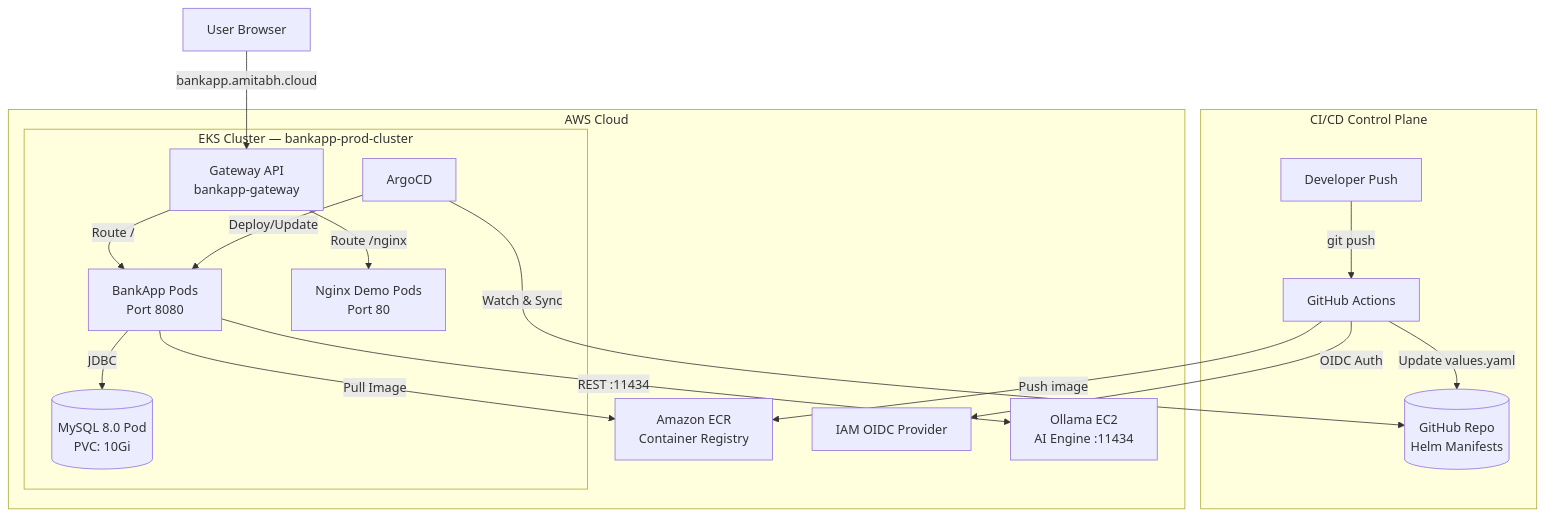
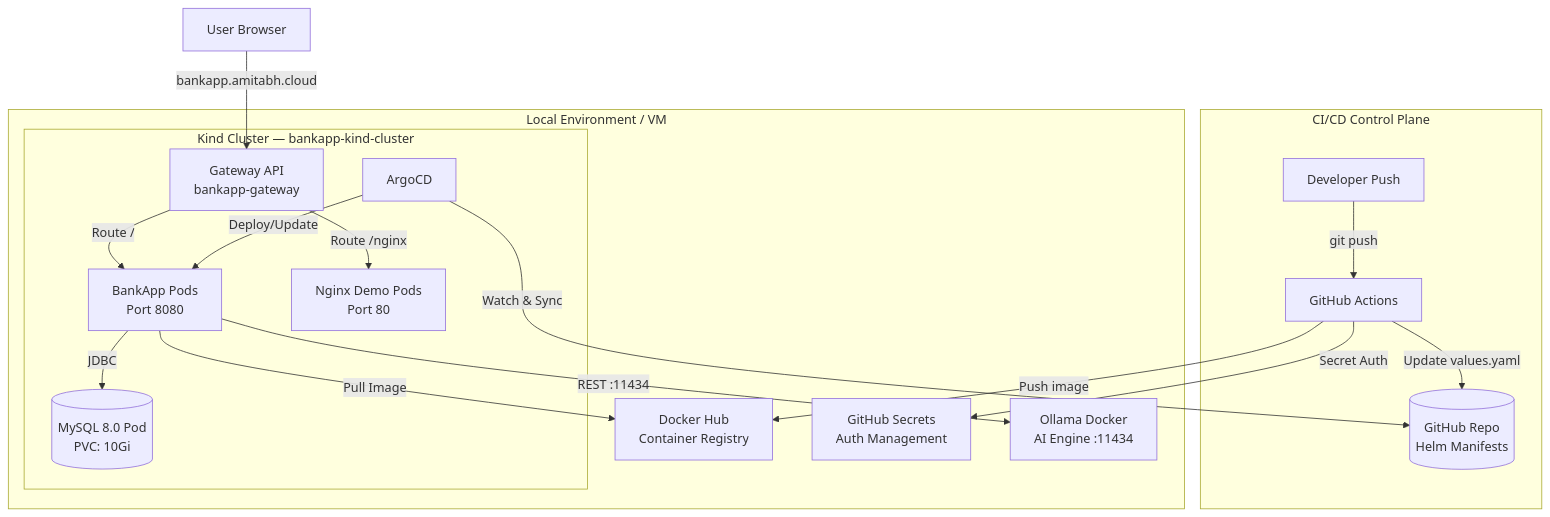
One commit to Amitabh-DevOps/DevSecOps-Bankapp changed the first of 2 diagrams in README.md. Above: the diagram before and after it, drawn with Mermaid. The commit also changed other lines of this file and 8 other files, not shown here.

````diff
--- a/README.md
+++ b/README.md
@@ -23,38 +23,38 @@
 ```mermaid
 graph TD
     subgraph "CI/CD Control Plane"
         DEV[Developer Push]
         GH[GitHub Actions]
         REPO[(GitHub Repo\nHelm Manifests)]
     end
 
-    subgraph "AWS Cloud"
-        ECR[Amazon ECR\nContainer Registry]
-        OIDC[IAM OIDC Provider]
-        OLLAMA[Ollama EC2\nAI Engine :11434]
+    subgraph "Local Environment / VM"
+        DH[Docker Hub\nContainer Registry]
+        SEC[GitHub Secrets\nAuth Management]
+        OLLAMA[Ollama Docker\nAI Engine :11434]
 
-        subgraph "EKS Cluster — bankapp-prod-cluster"
+        subgraph "Kind Cluster — bankapp-kind-cluster"
             ARGO[ArgoCD]
             GW[Gateway API\nbankapp-gateway]
             APP[BankApp Pods\nPort 8080]
             NGX[Nginx Demo Pods\nPort 80]
             DB[(MySQL 8.0 Pod\nPVC: 10Gi)]
         end
     end
 
     DEV -->|git push| GH
-    GH -->|OIDC Auth| OIDC
-    GH -->|Push image| ECR
+    GH -->|Secret Auth| SEC
+    GH -->|Push image| DH
     GH -->|Update values.yaml| REPO
 
     ARGO -->|Watch & Sync| REPO
     ARGO -->|Deploy/Update| APP
 
     USER[User Browser] -->|bankapp.amitabh.cloud| GW
     GW -->|Route /| APP
     GW -->|Route /nginx| NGX
 
-    APP -->|Pull Image| ECR
+    APP -->|Pull Image| DH
     APP -->|JDBC| DB
     APP -->|REST :11434| OLLAMA
 ```
````
